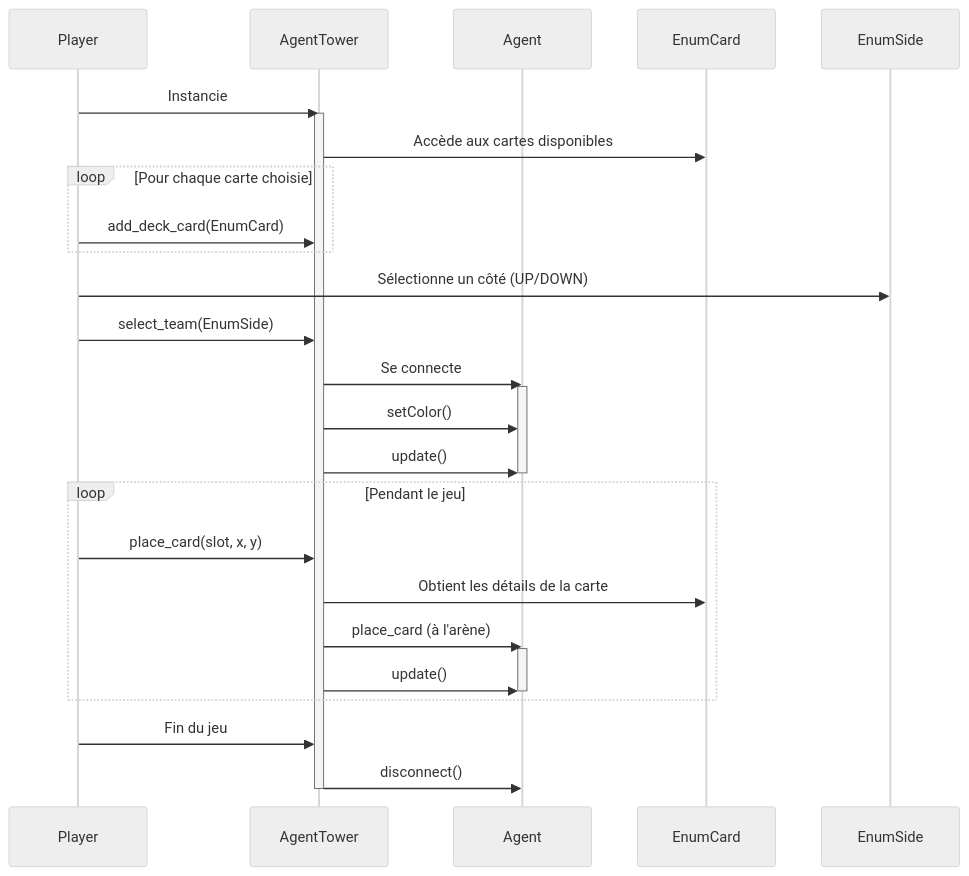
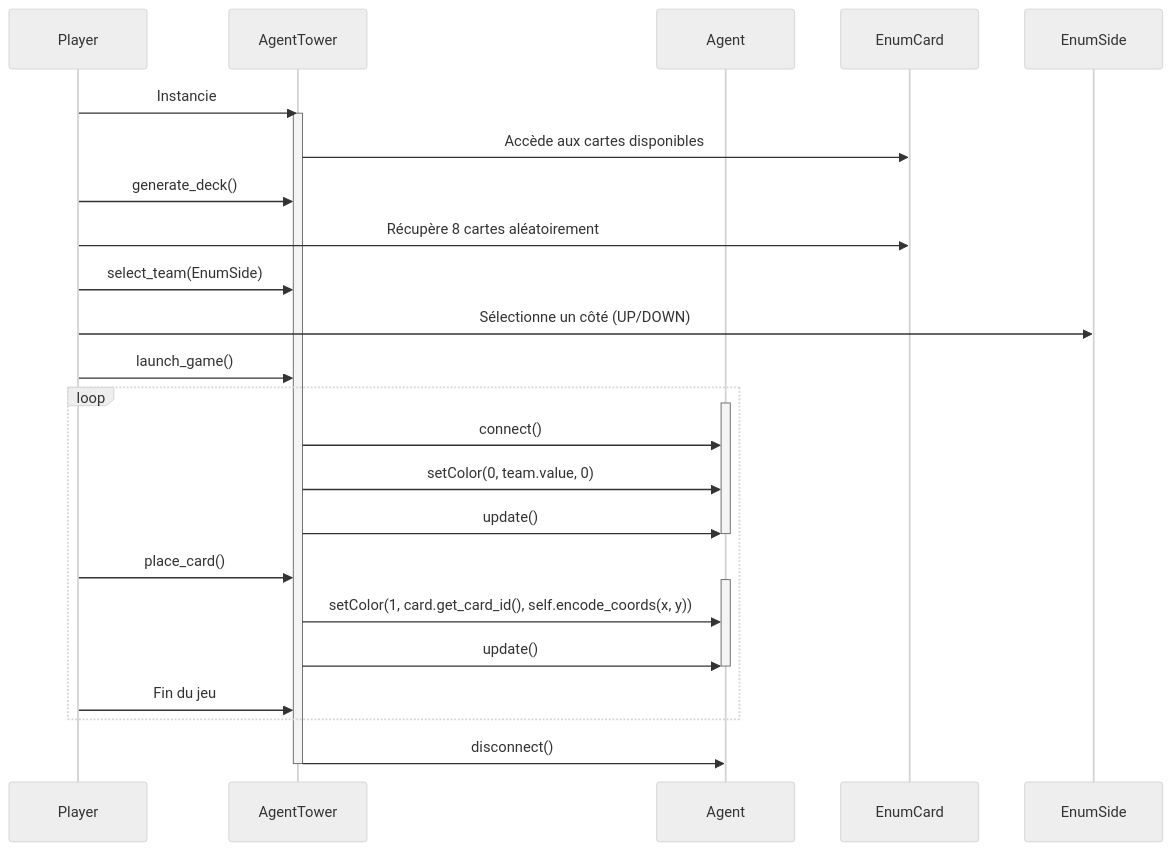
Before and after one commit to DAMIENLRY/ConflictTower: the first of 2 diagrams in README.md, drawn with Mermaid (neutral theme).

Commit message:
sequence V3

````diff
--- a/README.md
+++ b/README.md
@@ -16,38 +16,38 @@
 ```mermaid
 sequenceDiagram
     participant Player
     participant AgentTower
     participant Agent
     participant EnumCard
     participant EnumSide
 
     Player->>AgentTower: Instancie
     activate AgentTower
 
     AgentTower->>EnumCard: Accède aux cartes disponibles
-    loop Pour chaque carte choisie
-        Player->>AgentTower: add_deck_card(EnumCard)
-    end
 
+    Player->>AgentTower: generate_deck()
+    Player->>EnumCard: Récupère 8 cartes aléatoirement
+
+    Player->>AgentTower: select_team(EnumSide)
     Player->>EnumSide: Sélectionne un côté (UP/DOWN)
-    Player->>AgentTower: select_team(EnumSide)
 
-    AgentTower->>Agent: Se connecte
+    Player->>AgentTower: launch_game()
+    loop
     activate Agent
-    AgentTower->>Agent: setColor()
+    AgentTower->>Agent: connect()
+    AgentTower->>Agent: setColor(0, team.value, 0)
     AgentTower->>Agent: update()
     deactivate Agent
 
-    loop Pendant le jeu
-        Player->>AgentTower: place_card(slot, x, y)
-        AgentTower->>EnumCard: Obtient les détails de la carte
-        AgentTower->>Agent: place_card (à l'arène)
-        activate Agent
-        AgentTower->>Agent: update()
-        deactivate Agent
-    end
+    Player->>AgentTower: place_card()
+    activate Agent
+    AgentTower->>Agent: setColor(1, card.get_card_id(), self.encode_coords(x, y))
+    AgentTower->>Agent: update()
+    deactivate Agent
 
     Player->>AgentTower: Fin du jeu
+    end
     AgentTower->>Agent: disconnect()
     deactivate AgentTower
 ```
````
